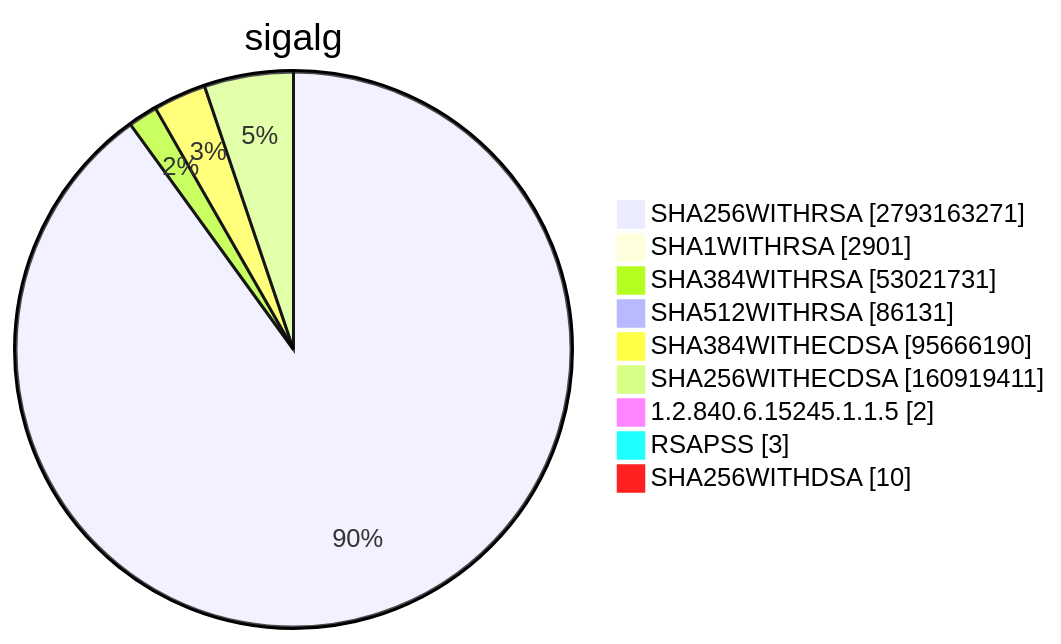
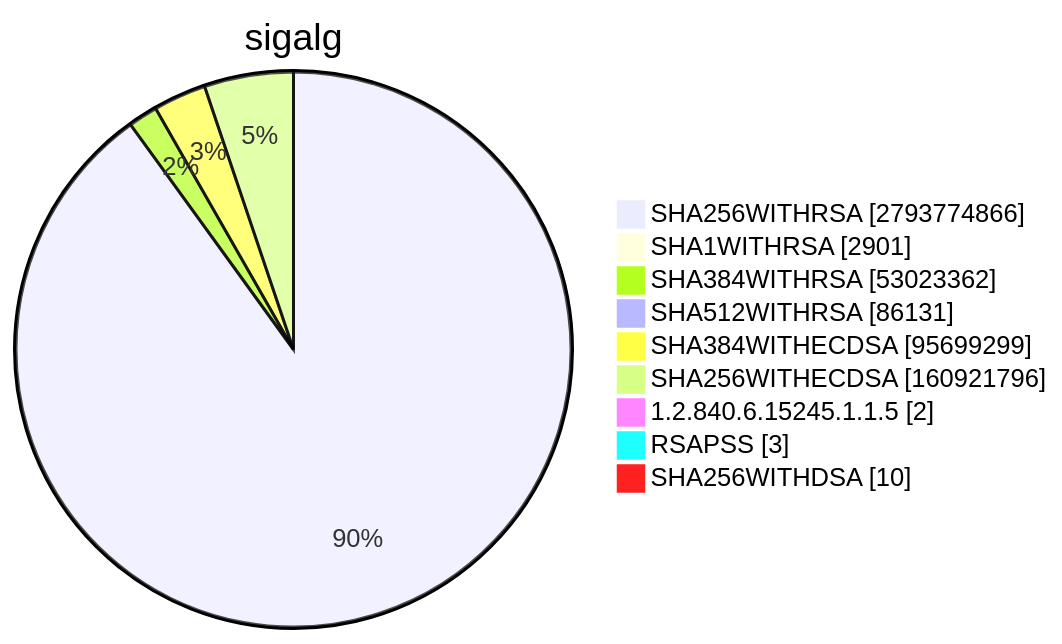
One commit to christiankrug/ctmonitor_visualization changed diagram 15 of 15 in TOTAL/README.md. Above: the diagram before and after it, drawn with Mermaid. The commit also changed other lines of this file, not shown here.

````diff
--- a/TOTAL/README.md
+++ b/TOTAL/README.md
@@ -6207,13 +6207,13 @@
 ```mermaid
 pie showData
 title sigalg
-"SHA256WITHRSA" :2793163271
+"SHA256WITHRSA" :2793774866
 "SHA1WITHRSA" :2901
-"SHA384WITHRSA" :53021731
+"SHA384WITHRSA" :53023362
 "SHA512WITHRSA" :86131
-"SHA384WITHECDSA" :95666190
-"SHA256WITHECDSA" :160919411
+"SHA384WITHECDSA" :95699299
+"SHA256WITHECDSA" :160921796
 "1.2.840.6.15245.1.1.5" :2
 "RSAPSS" :3
 "SHA256WITHDSA" :10
 ```
````
